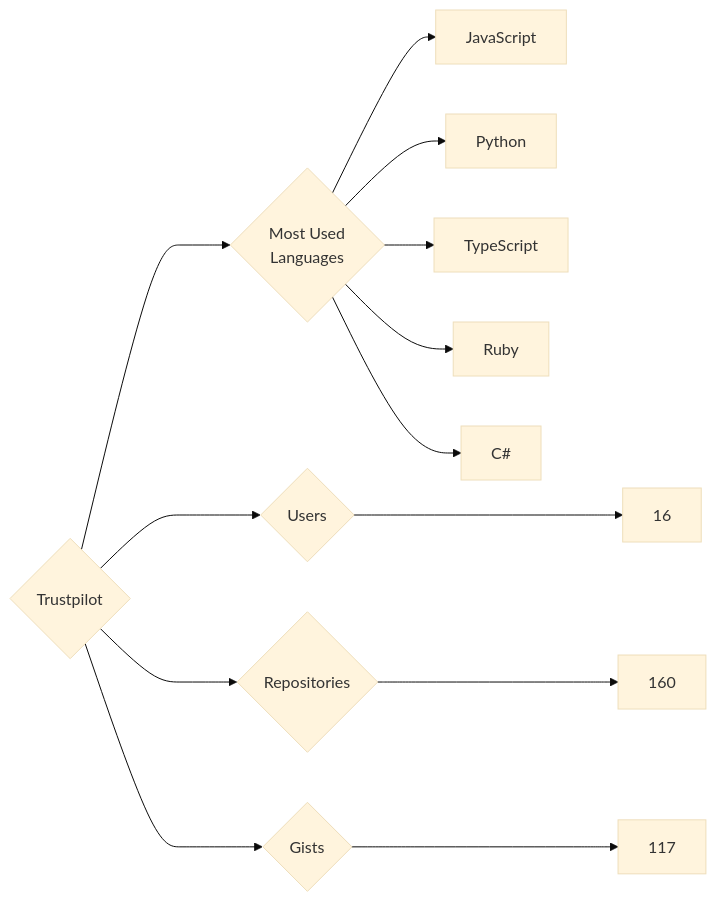
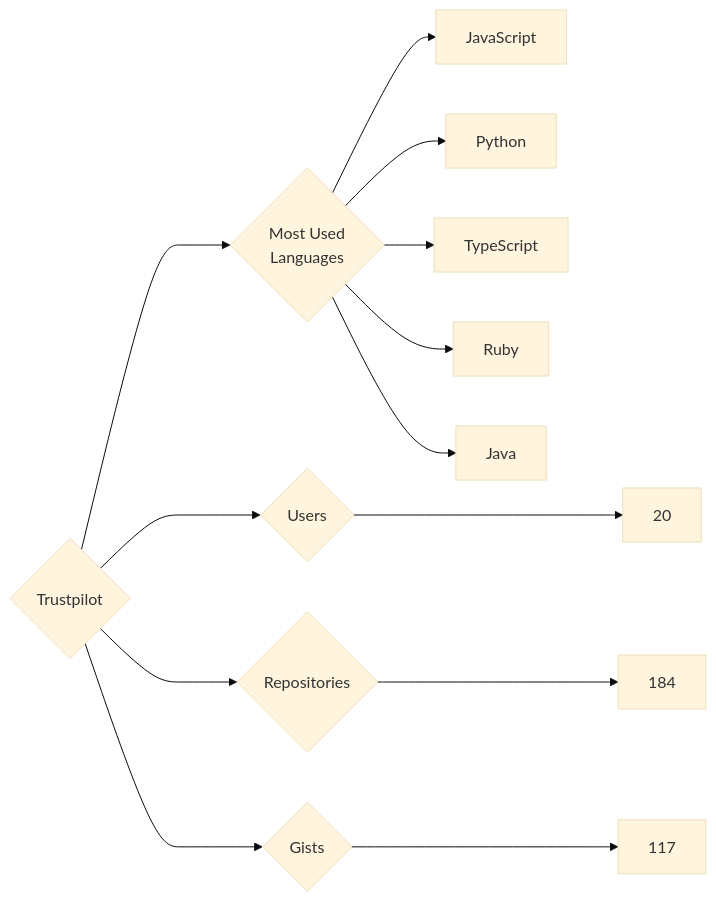
Before and after one commit to trickest/insiders: the diagram in targets/Trustpilot/README.md, drawn with Mermaid (base theme). The commit also changed 681 other files, not shown here.

````diff
--- a/targets/Trustpilot/README.md
+++ b/targets/Trustpilot/README.md
@@ -3,13 +3,13 @@
 ```mermaid
 graph LR
 COMPANY_NAME{Trustpilot}
-COMPANY_NAME ---> U{Users} ---> UN[16]
-COMPANY_NAME ---> R{Repositories} ---> RN[160]
+COMPANY_NAME ---> U{Users} ---> UN[20]
+COMPANY_NAME ---> R{Repositories} ---> RN[184]
 COMPANY_NAME ---> G{Gists} ---> GN[117]
 COMPANY_NAME ---> ML{Most Used<br>Languages}
 ML --> JavaScript[JavaScript]
 ML --> Python[Python]
 ML --> TypeScript[TypeScript]
 ML --> Ruby[Ruby]
-ML --> C#[C#]
+ML --> Java[Java]
 ```
````
